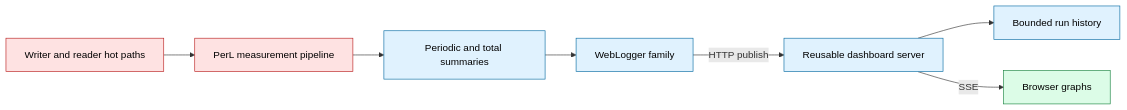
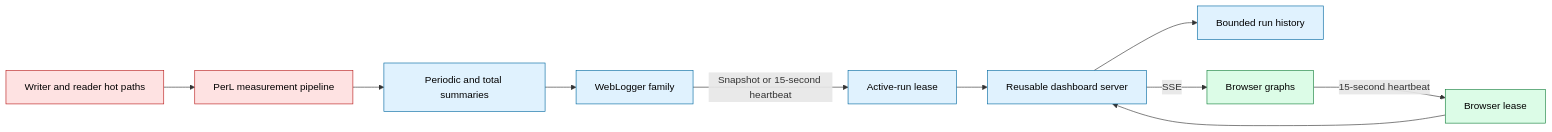
One commit to kmgowda/SBK changed diagram 30 of 39 in docs/sbk-internals.md. Above: the diagram before and after it, drawn with Mermaid. The commit also changed other lines of this file and 8 other files, not shown here.

````diff
--- a/docs/sbk-internals.md
+++ b/docs/sbk-internals.md
@@ -2278,16 +2278,19 @@
 ```mermaid
 flowchart LR
     HOT["Writer and reader hot paths"] --> PERL["PerL measurement pipeline"]
     PERL --> SUMMARY["Periodic and total summaries"]
     SUMMARY --> LOGGER["WebLogger family"]
-    LOGGER -->|HTTP publish| SERVER["Reusable dashboard server"]
+    LOGGER -->|Snapshot or 15-second heartbeat| LEASE["Active-run lease"]
+    LEASE --> SERVER["Reusable dashboard server"]
     SERVER --> HISTORY["Bounded run history"]
     SERVER -->|SSE| BROWSER["Browser graphs"]
+    BROWSER -->|15-second heartbeat| BLEASE["Browser lease"]
+    BLEASE --> SERVER
 
     classDef hot fill:#fee2e2,stroke:#b91c1c,color:#000
     classDef control fill:#e0f2fe,stroke:#0369a1,color:#000
     classDef view fill:#dcfce7,stroke:#15803d,color:#000
     class HOT,PERL hot
-    class SUMMARY,LOGGER,SERVER,HISTORY control
-    class BROWSER view
+    class SUMMARY,LOGGER,LEASE,SERVER,HISTORY control
+    class BROWSER,BLEASE view
 ```
````
